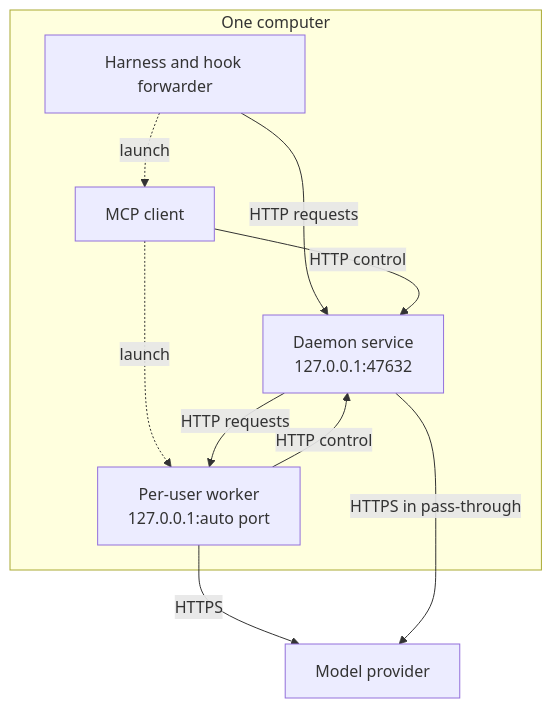
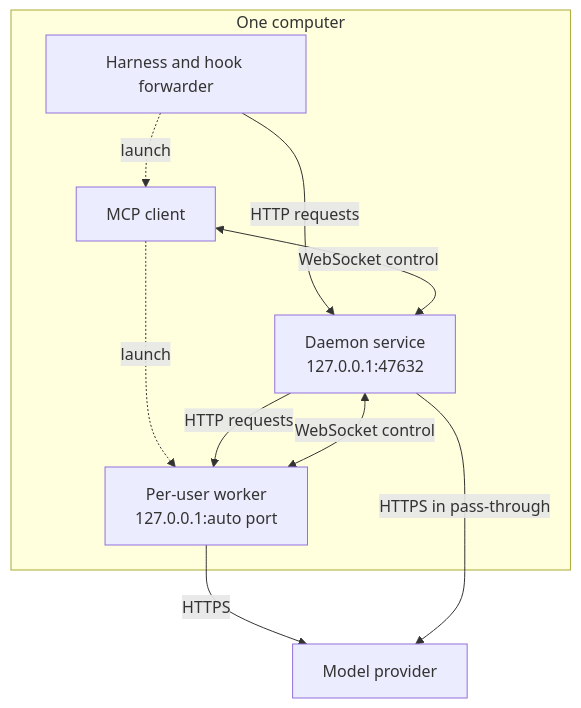
One commit to NVIDIA/NeMo-Flow changed the second of 4 diagrams in docs/daemon/architecture.mdx. Above: the diagram before and after it, drawn with Mermaid. The commit also changed other lines of this file and 7 other files, not shown here.

````diff
--- a/docs/daemon/architecture.mdx
+++ b/docs/daemon/architecture.mdx
@@ -59,17 +65,17 @@
 ```mermaid
 flowchart TD
     subgraph PC["One computer"]
         H["Harness and hook forwarder"]
         M["MCP client"]
         D["Daemon service<br/>127.0.0.1:47632"]
         W["Per-user worker<br/>127.0.0.1:auto port"]
         H -->|"HTTP requests"| D
         H -. "launch" .-> M
-        M -->|"HTTP control"| D
+        M <-->|"WebSocket control"| D
         M -. "launch" .-> W
-        W -->|"HTTP control"| D
+        W <-->|"WebSocket control"| D
         D -->|"HTTP requests"| W
     end
     W -->|"HTTPS"| P["Model provider"]
     D -->|"HTTPS in pass-through"| P
 ```
````
